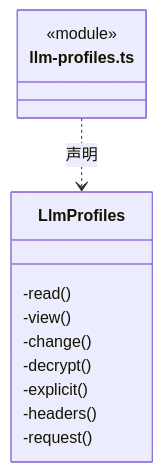
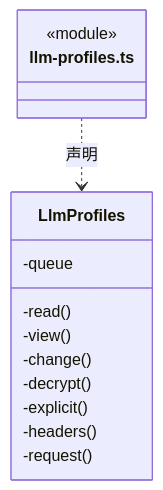
The fourth of 5 diagrams in src/logic/models/service/ARCHITECTURE.md (nan023062/cbim), drawn with Mermaid before and after one commit. The commit also changed other lines of this file and 139 other files, not shown here.

Commit message:
docs(architecture): add source reading paths and complete file inventories

````diff
--- a/src/logic/models/service/ARCHITECTURE.md
+++ b/src/logic/models/service/ARCHITECTURE.md
@@ -108,16 +112,17 @@
 ```mermaid
 classDiagram
 class N_src_logic_models_service_llm_profiles_ts["llm-profiles.ts"] {
   <<module>>
 }
 class N_src_logic_models_service_llm_profiles_ts_LlmProfiles["LlmProfiles"] {
+  -queue
   -read()
   -view()
   -change()
   -decrypt()
   -explicit()
   -headers()
   -request()
 }
 N_src_logic_models_service_llm_profiles_ts ..> N_src_logic_models_service_llm_profiles_ts_LlmProfiles : 声明
 ```
````
